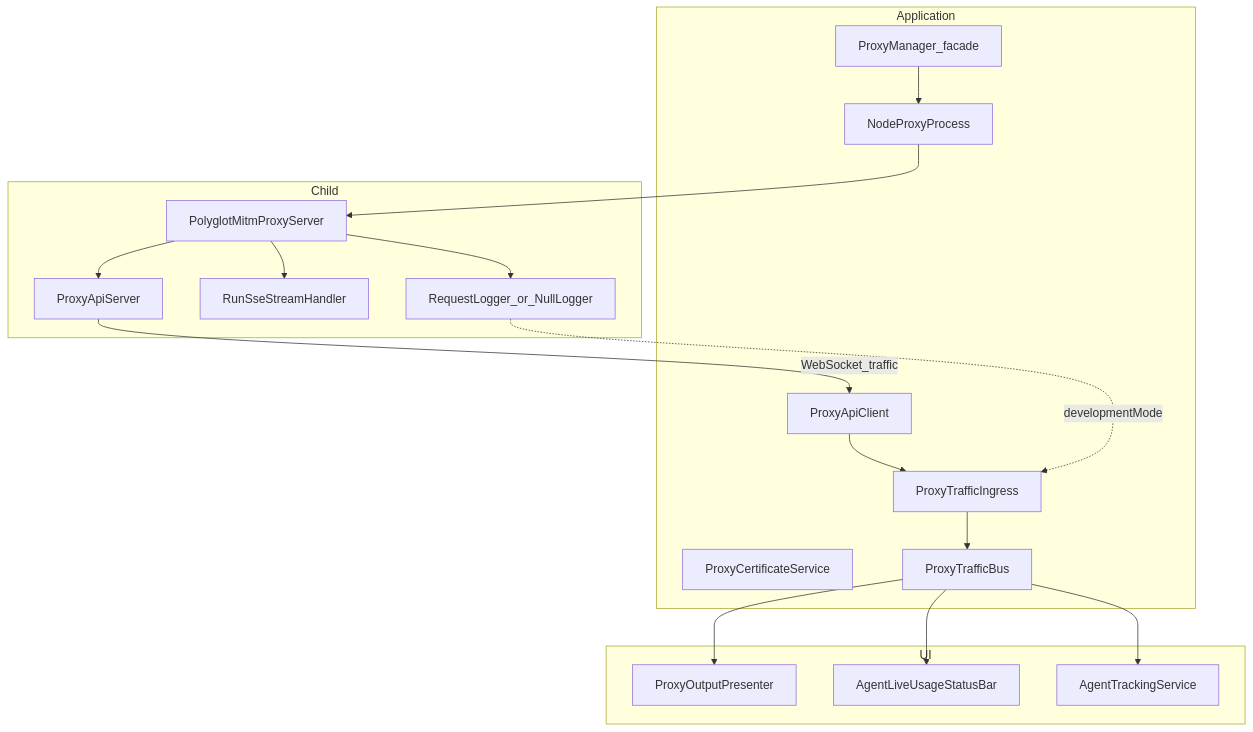
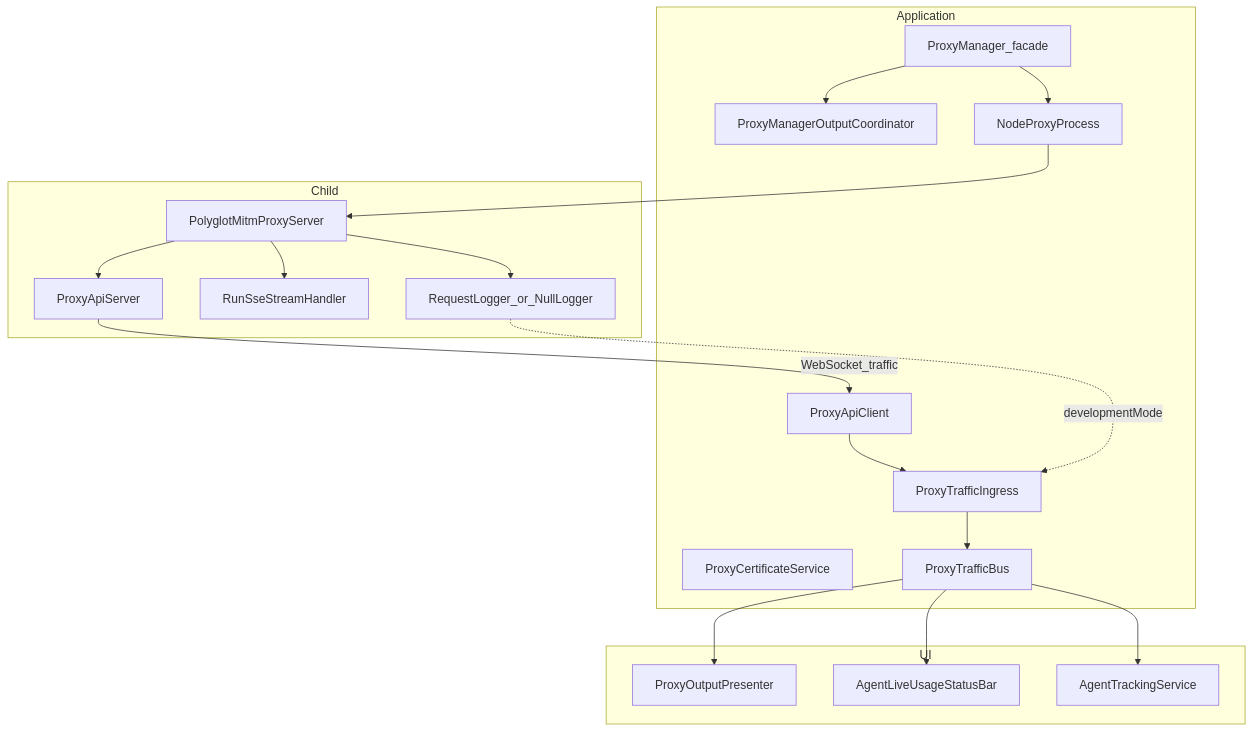
The fifth of 6 diagrams in docs/ARCHITECTURE.md (vypdev/cursor-accounts), drawn with Mermaid before and after one commit. The commit also changed other lines of this file and 5 other files, not shown here.

Commit message:
refactor: isolate proxy manager output coordination

````diff
--- a/docs/ARCHITECTURE.md
+++ b/docs/ARCHITECTURE.md
@@ -345,34 +345,36 @@
 ```mermaid
 flowchart TB
   subgraph Application
     PM[ProxyManager_facade]
+    OC[ProxyManagerOutputCoordinator]
     PP[NodeProxyProcess]
     AC[ProxyApiClient]
     CB[ProxyCertificateService]
     TB[ProxyTrafficBus]
     TI[ProxyTrafficIngress]
   end
   subgraph Child
     MITM[PolyglotMitmProxyServer]
     API[ProxyApiServer]
     RSSE[RunSseStreamHandler]
     LOG[RequestLogger_or_NullLogger]
   end
   subgraph UI
     OUT[ProxyOutputPresenter]
     BAR[AgentLiveUsageStatusBar]
     AT[AgentTrackingService]
   end
   PM --> PP
+  PM --> OC
   PP --> MITM
   MITM --> API
   MITM --> RSSE
   MITM --> LOG
   API -->|WebSocket_traffic| AC
   AC --> TI
   LOG -.->|developmentMode| TI
   TI --> TB
   TB --> AT
   TB --> OUT
   TB --> BAR
 ```
````
